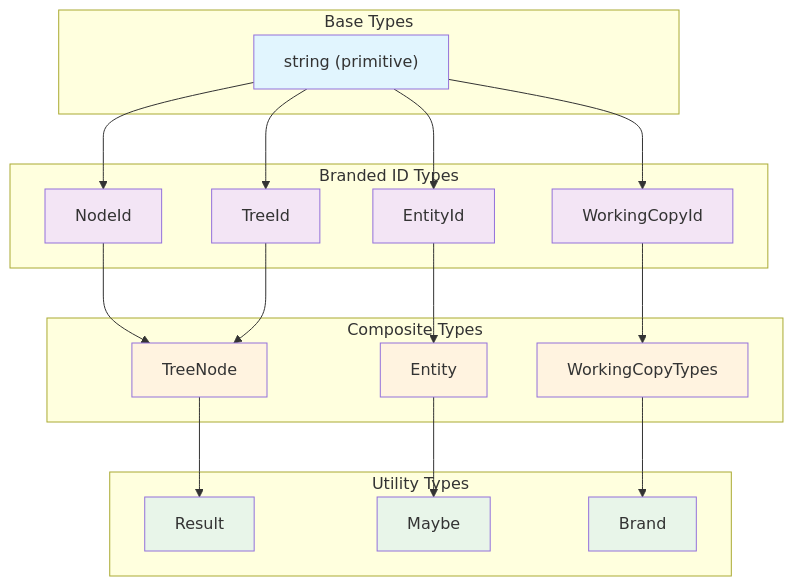
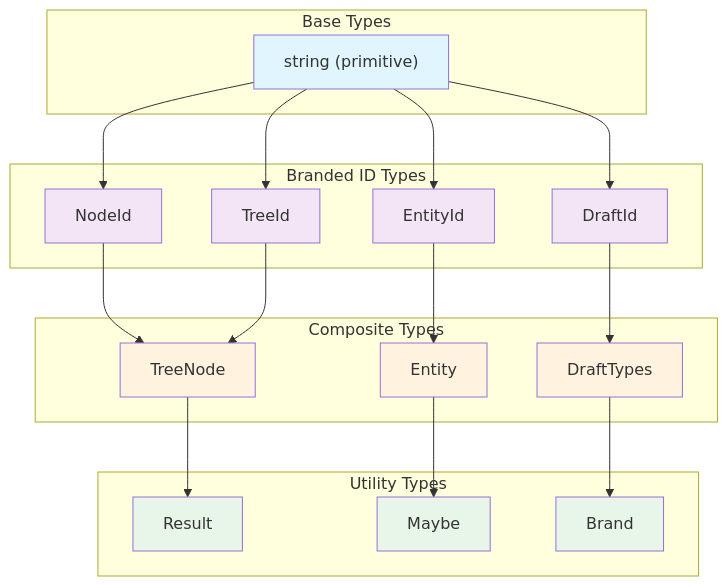
Before and after one commit to kubohiroya/hierarchidb: the first of 7 diagrams in docs/DEVELOPER_REPORT_COMPREHENSIVE/06_COMMON_LIBRARIES.md, drawn with Mermaid. The commit also changed other lines of this file and 796 other files, not shown here.

````diff
--- a/docs/DEVELOPER_REPORT_COMPREHENSIVE/06_COMMON_LIBRARIES.md
+++ b/docs/DEVELOPER_REPORT_COMPREHENSIVE/06_COMMON_LIBRARIES.md
@@ -9,49 +9,49 @@
 ```mermaid
 graph TB
     subgraph "Base Types"
         string["string (primitive)"]
     end
     
     subgraph "Branded ID Types"
         NodeId["NodeId"]
         TreeId["TreeId"]
         EntityId["EntityId"]
-        WorkingCopyId["WorkingCopyId"]
+        DraftId["DraftId"]
     end
     
     subgraph "Composite Types"
         TreeNode["TreeNode"]
         Entity["Entity"]
-        WorkingCopyTypes["WorkingCopyTypes"]
+        DraftTypes["DraftTypes"]
     end
     
     subgraph "Utility Types"
         Result["Result<T, E>"]
         Maybe["Maybe<T>"]
         Brand["Brand<T, U>"]
     end
     
     string --> NodeId
     string --> TreeId
     string --> EntityId
-    string --> WorkingCopyId
+    string --> DraftId
     
     NodeId --> TreeNode
     TreeId --> TreeNode
     EntityId --> Entity
-    WorkingCopyId --> WorkingCopyTypes
+    DraftId --> DraftTypes
     
     TreeNode --> Result
     Entity --> Maybe
-    WorkingCopyTypes --> Brand
+    DraftTypes --> Brand
     
     classDef base fill:#e1f5fe
     classDef branded fill:#f3e5f5
     classDef composite fill:#fff3e0
     classDef utility fill:#e8f5e9
     
     class string base
-    class NodeId,TreeId,EntityId,WorkingCopyId branded
-    class TreeNode,Entity,WorkingCopyTypes composite
+    class NodeId,TreeId,EntityId,DraftId branded
+    class TreeNode,Entity,DraftTypes composite
     class Result,Maybe,Brand utility
 ```
````
